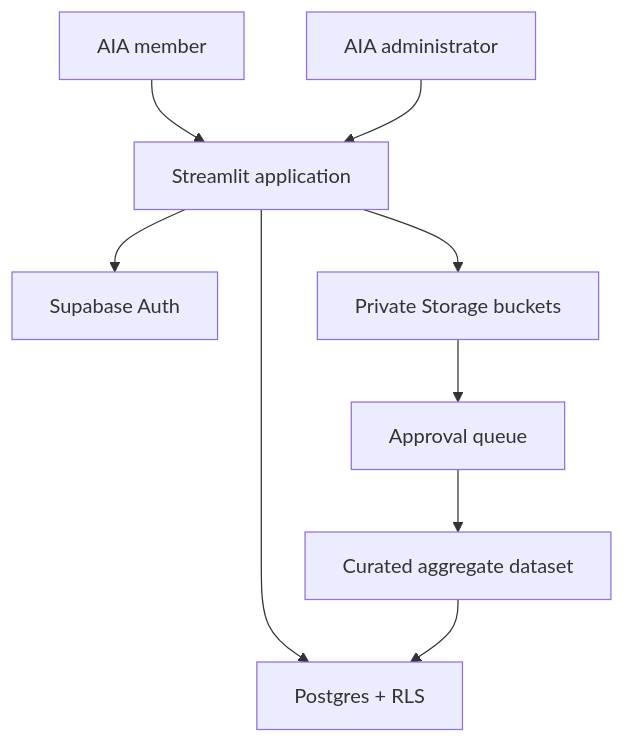
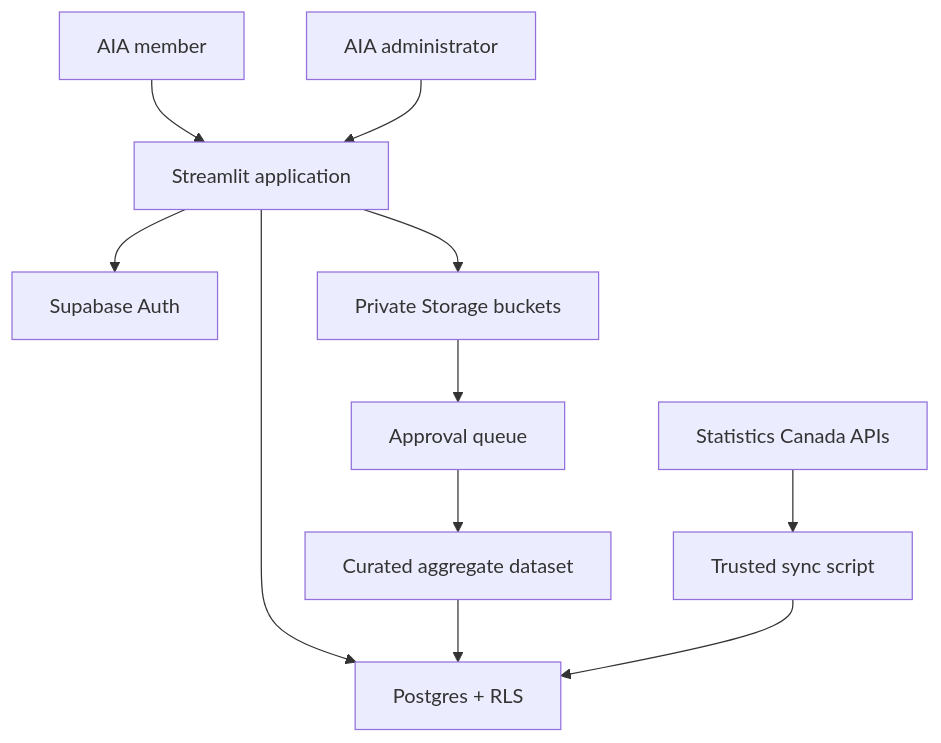
The diagram in docs/ARCHITECTURE.md (bbeehler/AIA-CANADA-PORTAL), drawn with Mermaid before and after one commit. The commit also changed other lines of this file and 11 other files, not shown here.

Commit message:
Add Statistics Canada demographics

````diff
--- a/docs/ARCHITECTURE.md
+++ b/docs/ARCHITECTURE.md
@@ -3,11 +3,13 @@
 ```mermaid
 flowchart TD
   U["AIA member"] --> S["Streamlit application"]
   A["AIA administrator"] --> S
   S --> AU["Supabase Auth"]
   S --> DB["Postgres + RLS"]
   S --> ST["Private Storage buckets"]
   ST --> Q["Approval queue"]
   Q --> C["Curated aggregate dataset"]
   C --> DB
+  SC["Statistics Canada APIs"] --> OP["Trusted sync script"]
+  OP --> DB
 ```
````
